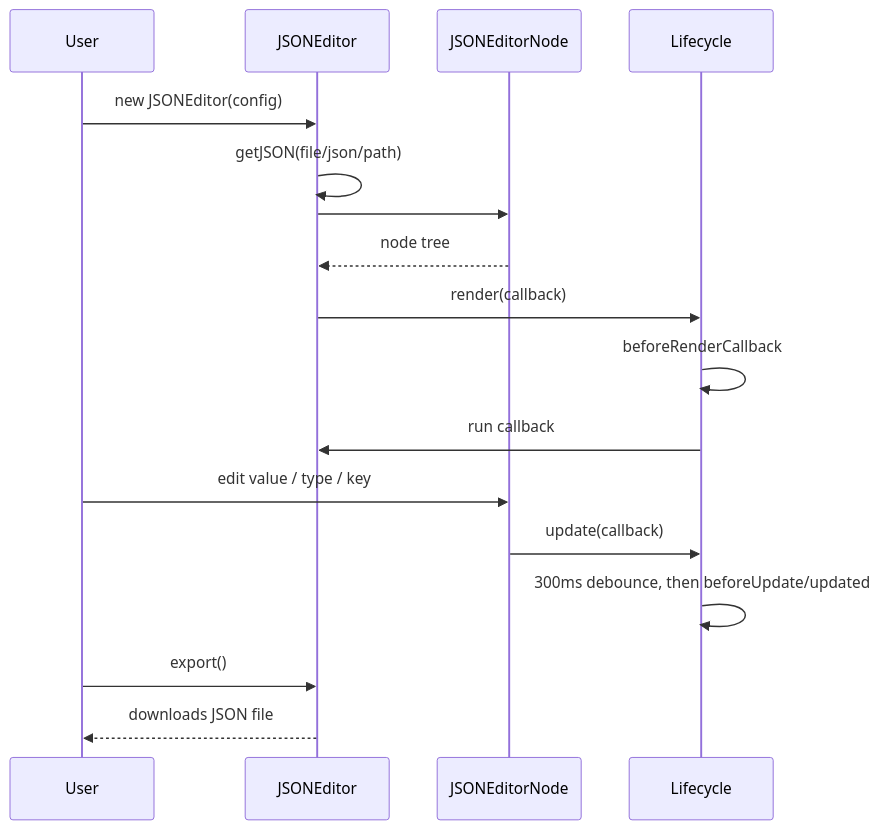
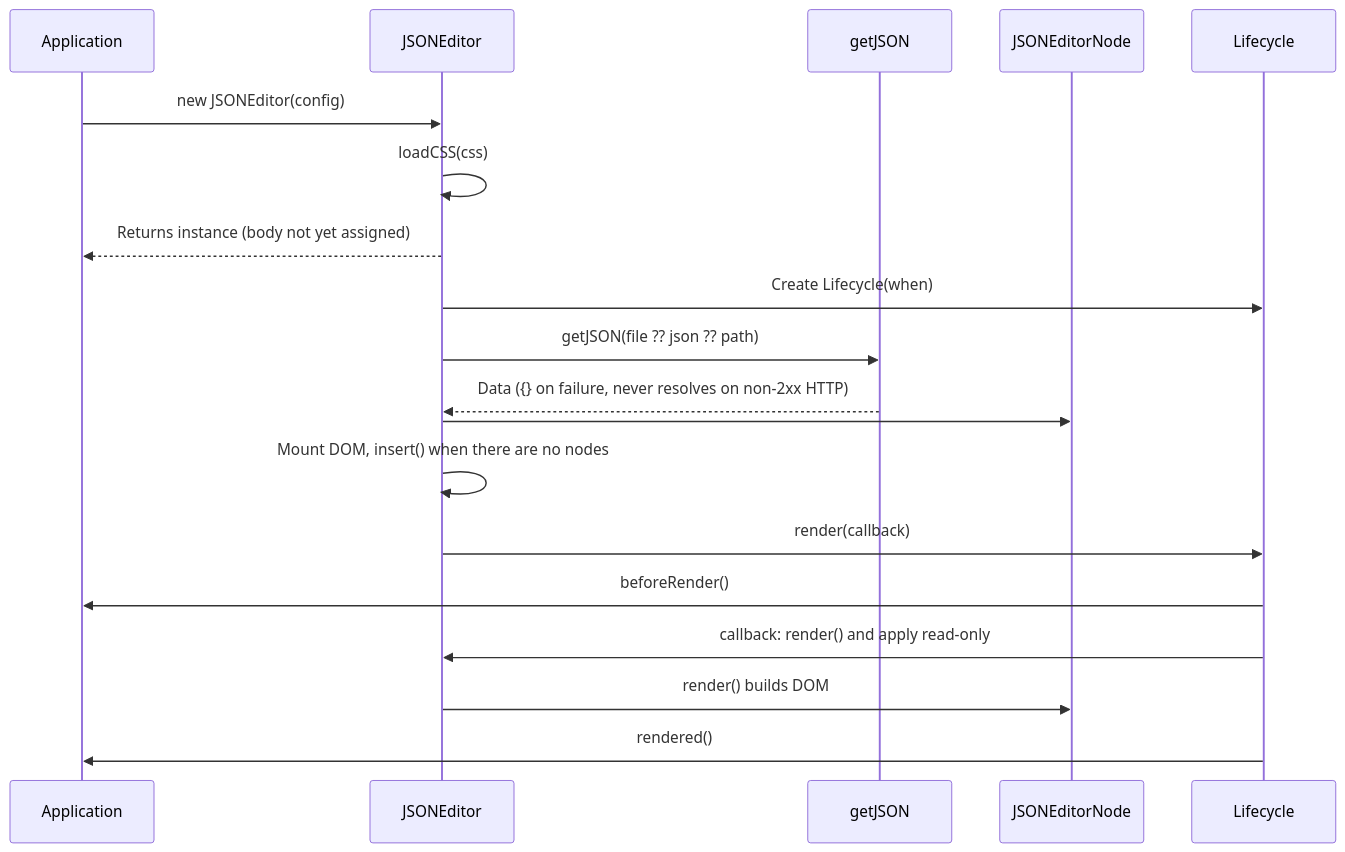
The sixth of 9 diagrams in doc/architecture.md (pardnchiu/NanoJSON), drawn with Mermaid before and after one commit. The commit also changed other lines of this file and 8 other files, not shown here.

Commit message:
doc: Regenerate bilingual README, docs, and architecture per latest skill spec

````diff
--- a/doc/architecture.md
+++ b/doc/architecture.md
@@ -76,19 +160,21 @@
 ```mermaid
 sequenceDiagram
-    participant User
-    participant JSONEditor
-    participant JSONEditorNode
-    participant Lifecycle
-    User->>JSONEditor: new JSONEditor(config)
-    JSONEditor->>JSONEditor: getJSON(file/json/path)
-    JSONEditor->>JSONEditorNode: #jsonToChildren(data)
-    JSONEditorNode-->>JSONEditor: node tree
-    JSONEditor->>Lifecycle: render(callback)
-    Lifecycle->>Lifecycle: beforeRenderCallback
-    Lifecycle->>JSONEditor: run callback
-    User->>JSONEditorNode: edit value / type / key
-    JSONEditorNode->>Lifecycle: update(callback)
-    Lifecycle->>Lifecycle: 300ms debounce, then beforeUpdate/updated
-    User->>JSONEditor: export()
-    JSONEditor-->>User: downloads JSON file
+    participant App as Application
+    participant E as JSONEditor
+    participant G as getJSON
+    participant N as JSONEditorNode
+    participant L as Lifecycle
+    App->>E: new JSONEditor(config)
+    E->>E: loadCSS(css)
+    E-->>App: Returns instance (body not yet assigned)
+    E->>L: Create Lifecycle(when)
+    E->>G: getJSON(file ?? json ?? path)
+    G-->>E: Data ({} on failure, never resolves on non-2xx HTTP)
+    E->>N: #jsonToChildren builds the node tree
+    E->>E: Mount DOM, insert() when there are no nodes
+    E->>L: render(callback)
+    L->>App: beforeRender()
+    L->>E: callback: render() and apply read-only
+    E->>N: render() builds DOM
+    L->>App: rendered()
 ```
````
